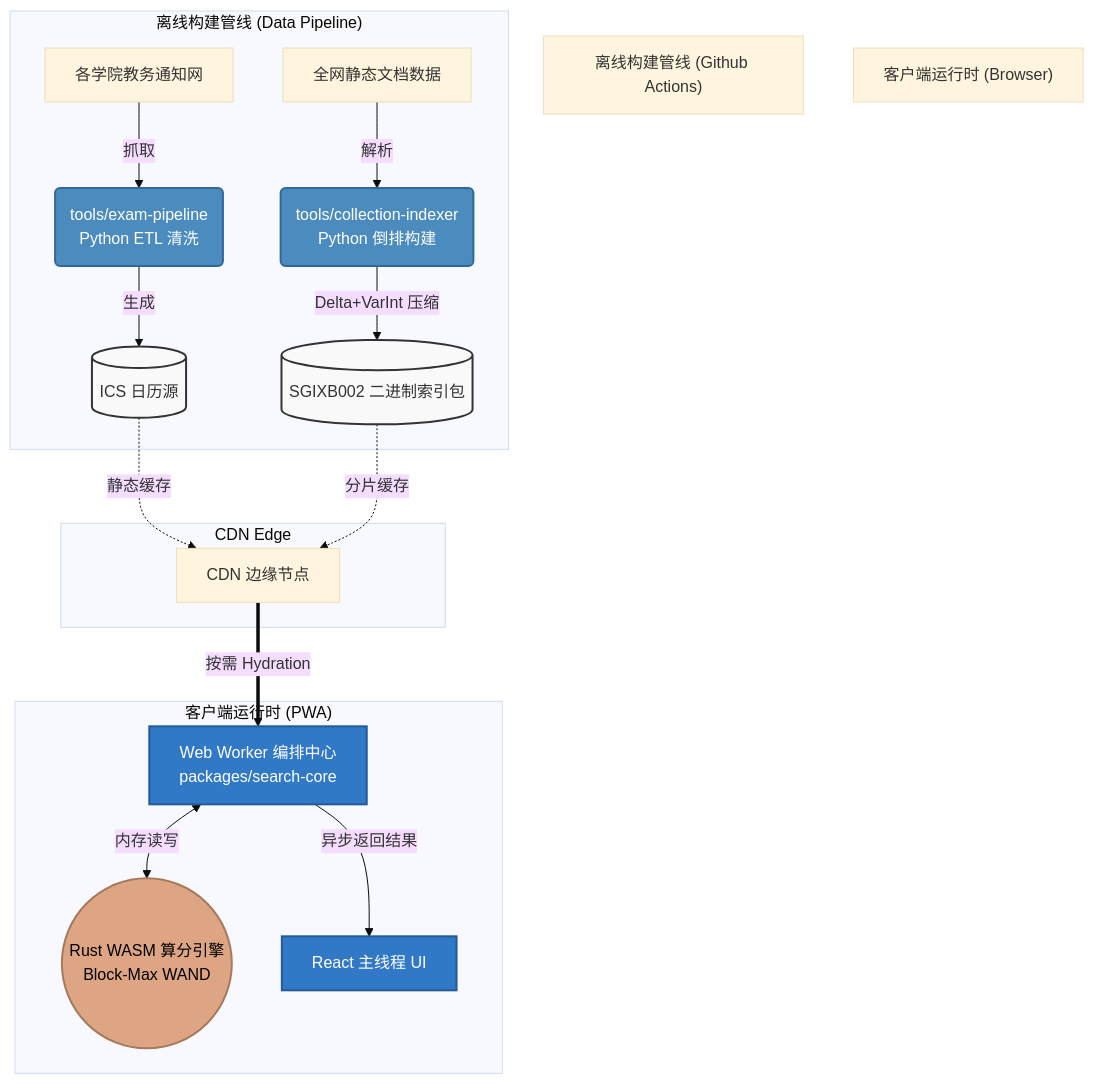
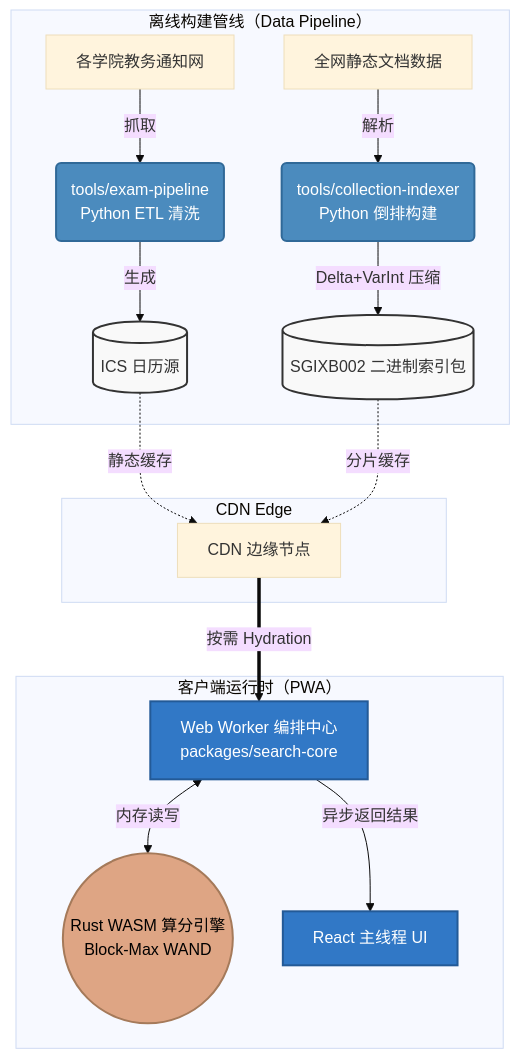
Before and after one commit to hicancan/NJUPT-Exam-Sync: the diagram in README.md, drawn with Mermaid (base theme). The commit also changed other lines of this file, not shown here.

Commit message:
docs: fix mermaid syntax and update developer guidelines

````diff
--- a/README.md
+++ b/README.md
@@ -82,34 +82,31 @@
 ```mermaid
 graph TD
-    subaxis_offline["离线构建管线 (Github Actions)"]
-    subaxis_client["客户端运行时 (Browser)"]
-
-    subgraph 离线管线 ["离线构建管线 (Data Pipeline)"]
+    subgraph 离线管线 ["离线构建管线（Data Pipeline）"]
         A["各学院教务通知网"] -->|抓取| B("tools/exam-pipeline<br>Python ETL 清洗")
         C["全网静态文档数据"] -->|解析| D("tools/collection-indexer<br>Python 倒排构建")
         
         B -->|生成| E[("ICS 日历源")]
         D -->|Delta+VarInt 压缩| F[("SGIXB002 二进制索引包")]
     end
 
     subgraph 边缘分发 ["CDN Edge"]
         E -.静态缓存.-> G["CDN 边缘节点"]
         F -.分片缓存.-> G
     end
 
-    subgraph 客户端 ["客户端运行时 (PWA)"]
+    subgraph 客户端 ["客户端运行时（PWA）"]
         G ==>|按需 Hydration| H["Web Worker 编排中心<br>packages/search-core"]
         H <-->|内存读写| I(("Rust WASM 算分引擎<br>Block-Max WAND"))
         H -->|异步返回结果| J["React 主线程 UI"]
     end
 
     classDef python fill:#4B8BBE,stroke:#306998,stroke-width:2px,color:white;
     classDef rust fill:#DEA584,stroke:#A57A5A,stroke-width:2px,color:black;
     classDef ts fill:#3178C6,stroke:#235A97,stroke-width:2px,color:white;
     classDef storage fill:#f9f9f9,stroke:#333,stroke-width:2px;
     
     class B,D python;
     class I rust;
     class H,J ts;
     class E,F storage;
 ```
````
